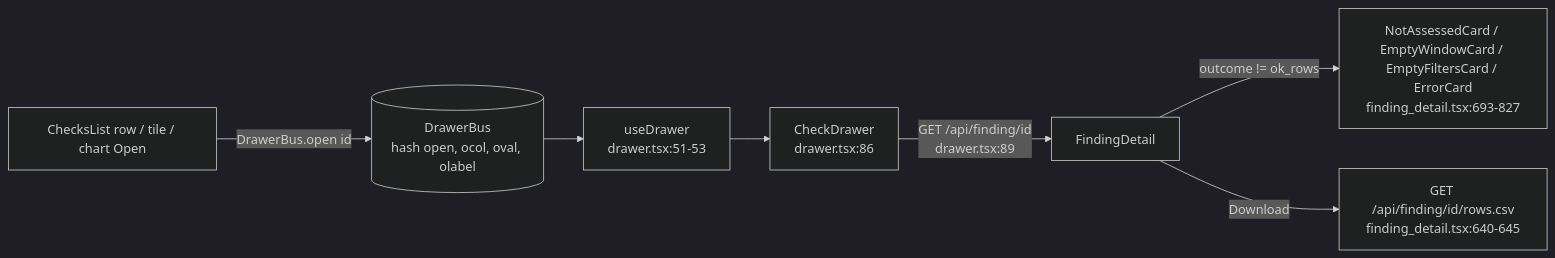
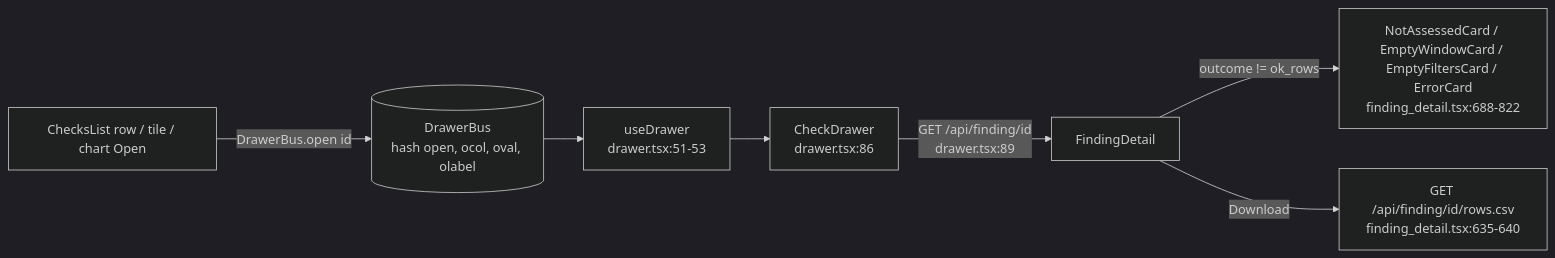
The second of 2 diagrams in snowflake-audit-app-knowledge-graph/flows/ui-navigation.md (darshanmeel/snowflake-audit-app), drawn with Mermaid (dark theme) before and after one commit. The commit also changed other lines of this file and 191 other files, not shown here.

First line of the commit message:
Fix remaining review findings; update graph and docs

````diff
--- a/snowflake-audit-app-knowledge-graph/flows/ui-navigation.md
+++ b/snowflake-audit-app-knowledge-graph/flows/ui-navigation.md
@@ -148,9 +148,9 @@
 ```mermaid
 flowchart LR
   Row[ChecksList row / tile / chart Open] -->|DrawerBus.open id| Bus[(DrawerBus<br/>hash open, ocol, oval, olabel)]
   Bus --> UD[useDrawer<br/>drawer.tsx:51-53]
   UD --> CD[CheckDrawer<br/>drawer.tsx:86]
   CD -->|GET /api/finding/id<br/>drawer.tsx:89| FD[FindingDetail]
-  FD -->|outcome != ok_rows| Cards[NotAssessedCard / EmptyWindowCard / EmptyFiltersCard / ErrorCard<br/>finding_detail.tsx:693-827]
-  FD -->|Download| CSV[GET /api/finding/id/rows.csv<br/>finding_detail.tsx:640-645]
+  FD -->|outcome != ok_rows| Cards[NotAssessedCard / EmptyWindowCard / EmptyFiltersCard / ErrorCard<br/>finding_detail.tsx:688-822]
+  FD -->|Download| CSV[GET /api/finding/id/rows.csv<br/>finding_detail.tsx:635-640]
 ```
````
